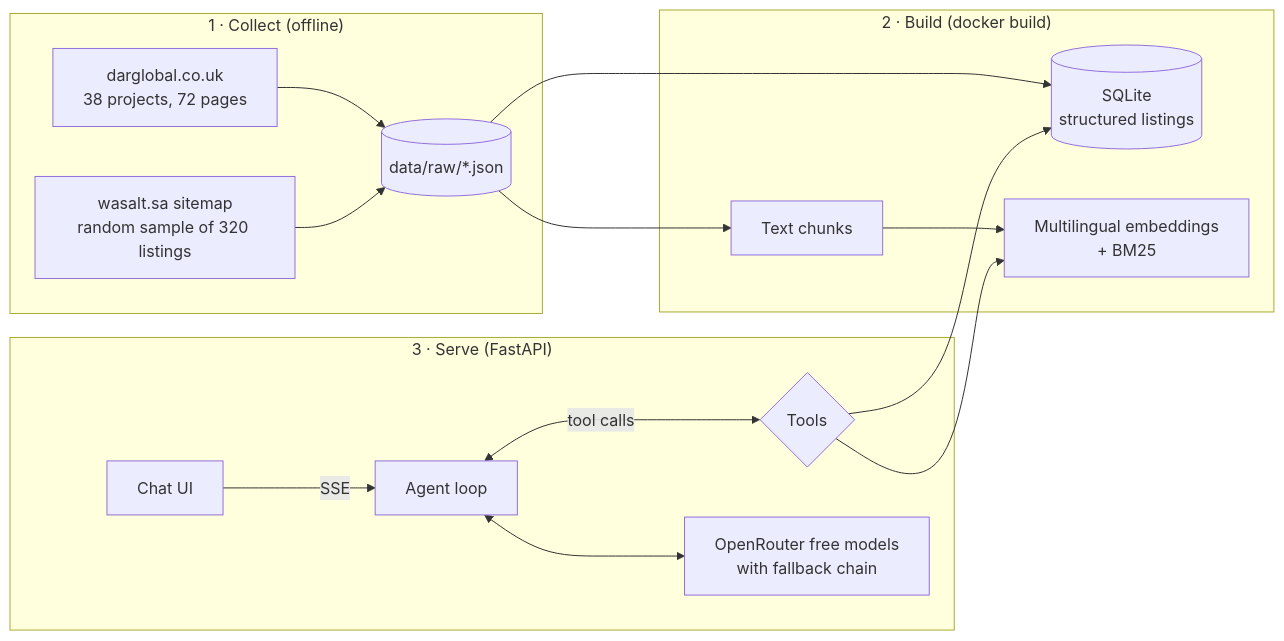
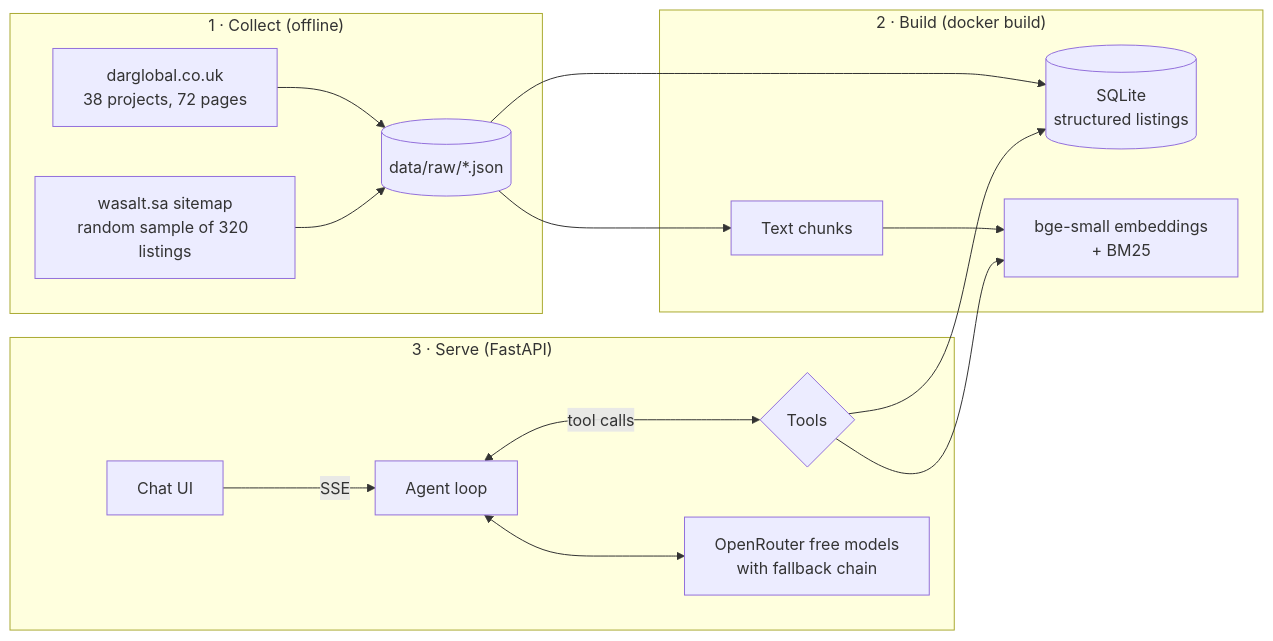
The diagram in README.md (Aalamansari/DarGlobal-AI-Chatbot), drawn with Mermaid before and after one commit. The commit also changed other lines of this file and 30 other files, not shown here.

````diff
--- a/README.md
+++ b/README.md
@@ -16,18 +18,18 @@
 ```mermaid
 flowchart LR
     subgraph Collect["1 · Collect (offline)"]
         A[darglobal.co.uk<br/>38 projects, 72 pages] --> R[(data/raw/*.json)]
         B[wasalt.sa sitemap<br/>random sample of 320 listings] --> R
     end
     subgraph Build["2 · Build (docker build)"]
         R --> S[(SQLite<br/>structured listings)]
-        R --> C[Text chunks] --> E[Multilingual embeddings<br/>+ BM25]
+        R --> C[Text chunks] --> E[bge-small embeddings<br/>+ BM25]
     end
     subgraph Serve["3 · Serve (FastAPI)"]
         U[Chat UI] -->|SSE| G[Agent loop]
         G <-->|tool calls| T{Tools}
         T --> S
         T --> E
         G <--> M[OpenRouter free models<br/>with fallback chain]
     end
 ```
````
